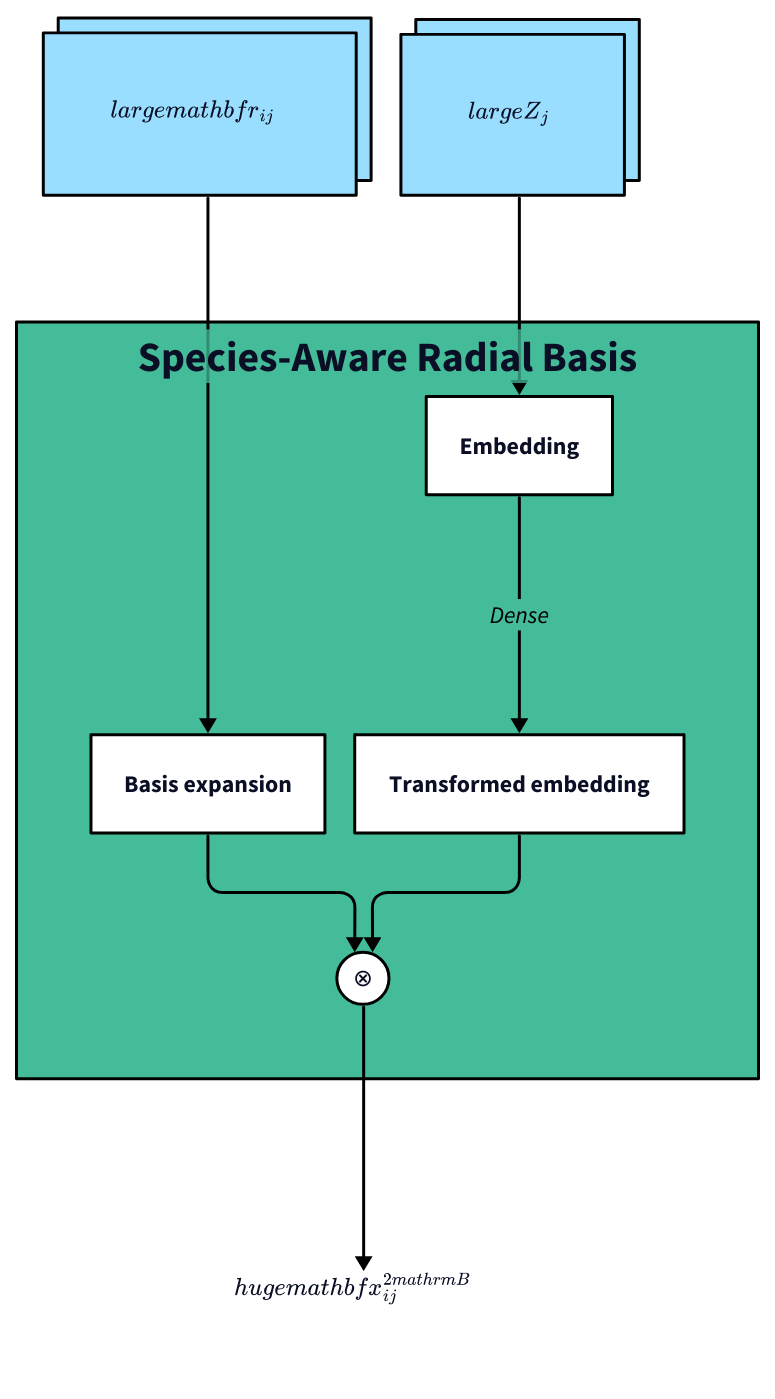
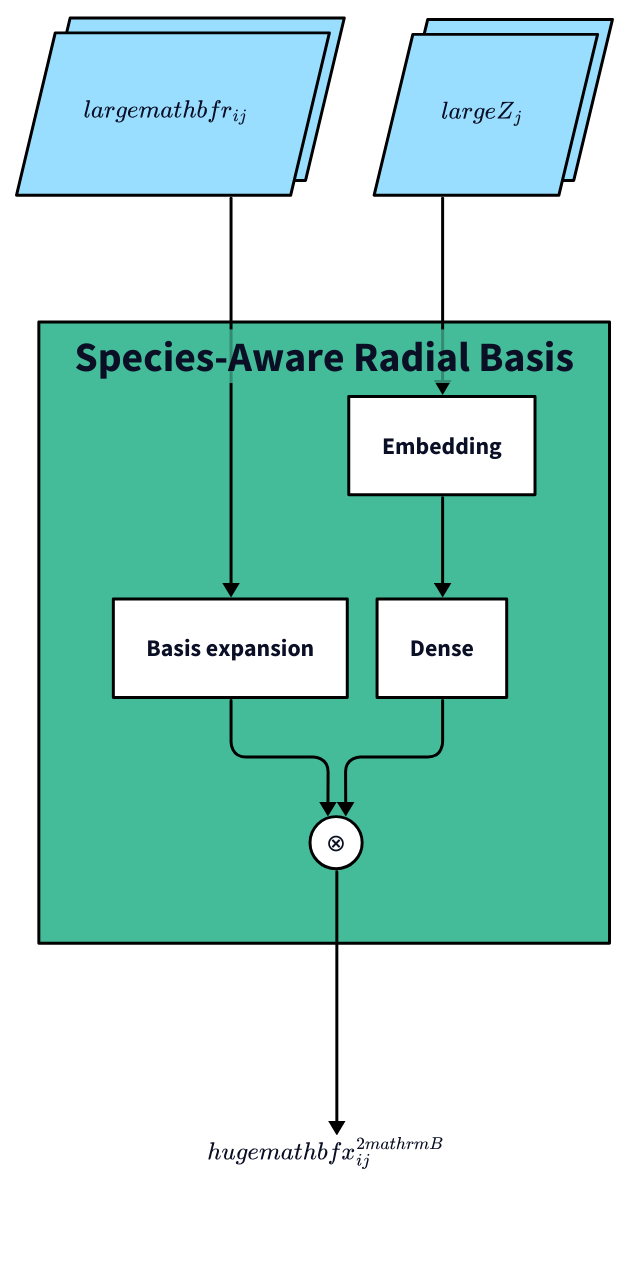
One commit to SamsungDS/gears_h changed the diagram in architecture_figures/1_sarb.d2. Above: the diagram before and after it, drawn with D2.

Commit message:
Replace annotated arrow and block labeled with output with block labeling the operation.

```diff
--- a/architecture_figures/1_sarb.d2
+++ b/architecture_figures/1_sarb.d2
@@ -1,132 +1,133 @@
 # zi: {class: empty
 #      label: ""
 #      label.near: bottom-center
 #      equation: |latex 
 #                 \\large{Z_i}
 #                |
 #     }
 # zi: Zi {class: empty}
 zj: {label: ""
      equation: |latex
          \large{Z_j}
      |
      class: input}
 r: {label: ""
     equation: |latex
         \large{\mathbf{r}_{ij}}
     |
     class: input}
 f: {label: ""
     equation: |latex
         \huge{\mathbf{x}^{2\mathrm{B}}_{ij}}
     |
     class: empty
     label.near: outside-bottom-center
     }
 # ins.class: input
 sarb: Species-Aware Radial Basis {
     class: sarb
     embedding: Embedding {class: in_module}
     basis: Basis expansion {class: in_module}
-    transformed_embedding: Transformed embedding {class: in_module}
+    dense: Dense {class: in_module}
     ⊗: {class: operator}
     # ⊕: {class: operator}
 
     _.r -> basis: {style: {stroke: "#000000"}}
     _.zj -> embedding: {style: {stroke: "#000000"}}
-    embedding -> transformed_embedding: Dense {style: {stroke: "#000000"; font-color: black}}
-    transformed_embedding -> ⊗: {style: {stroke: "#000000"}}
+    embedding -> dense: {style: {stroke: "#000000"; font-color: black}}
+    dense -> ⊗: {style: {stroke: "#000000"}}
     basis -> ⊗: {style: {stroke: "#000000"}}
     ⊗ -> _.f.equation: {style: {stroke: "#000000"}}
     # ⊗ -> ⊕: {style: {stroke: "#000000"}}
-    # transformed_embedding -> ⊕: Residual connection {style: {stroke: "#000000"; font-color: black}}
+    # dense -> ⊕: Residual connection {style: {stroke: "#000000"; font-color: black}}
 }
 
 # zi -> sarb.embedding: {style: {stroke: "#000000"}}
 
 # sarb.⊗ -> f.equation: {style: {stroke: "#000000"}}
 
 
 classes: {
     operator: {shape: circle
                width: 35
                height: 35
                style: {fill: "#FFFFFF"
                        stroke: "#000000"
                     #    font: mono
                       }
     }
     empty: {
             # label: ""
             width: 50
             height: 10
             style: {
                 fill: transparent
                 stroke: transparent
                 font-size: 24
             }
     }
     sarb: {
         style: {
             fill: "#44BB99"
             stroke: "#000000"
             bold: true
         }
     }
     in_module: {
         style: {
             fill: "#FFFFFF"
             stroke: "#000000"
             # opacity: 0.5
         }
     }
     ac: {
         style: {
             fill: "#BBCC33"
             stroke: "#000000"
         }
     }
     bc: {
         style: {
             fill: "#EEDD88"
             stroke: "#000000"
         }
     }
     rd: {
         style: {
             fill: "#EE8866"
             stroke: "#000000"
         }
     }
     ro: {
         style: {
             fill: "#FFAABB"
             stroke: "#000000"
         }
     }
     outs: {
         style: {
             fill: "#DDDDDD"
             stroke: "#000000"
             multiple: true
         }
     }
     input : {
         # label: ""
         width: 50
         height: 50
+        shape: parallelogram
         style: {
             fill: "#99DDFF"
             stroke: "#000000"
             multiple: true
         }
     }
 }
 
 vars: {
     d2-config: {
       layout-engine: elk
     #   theme-id: 101
       pad: 10
     }
 }
```
